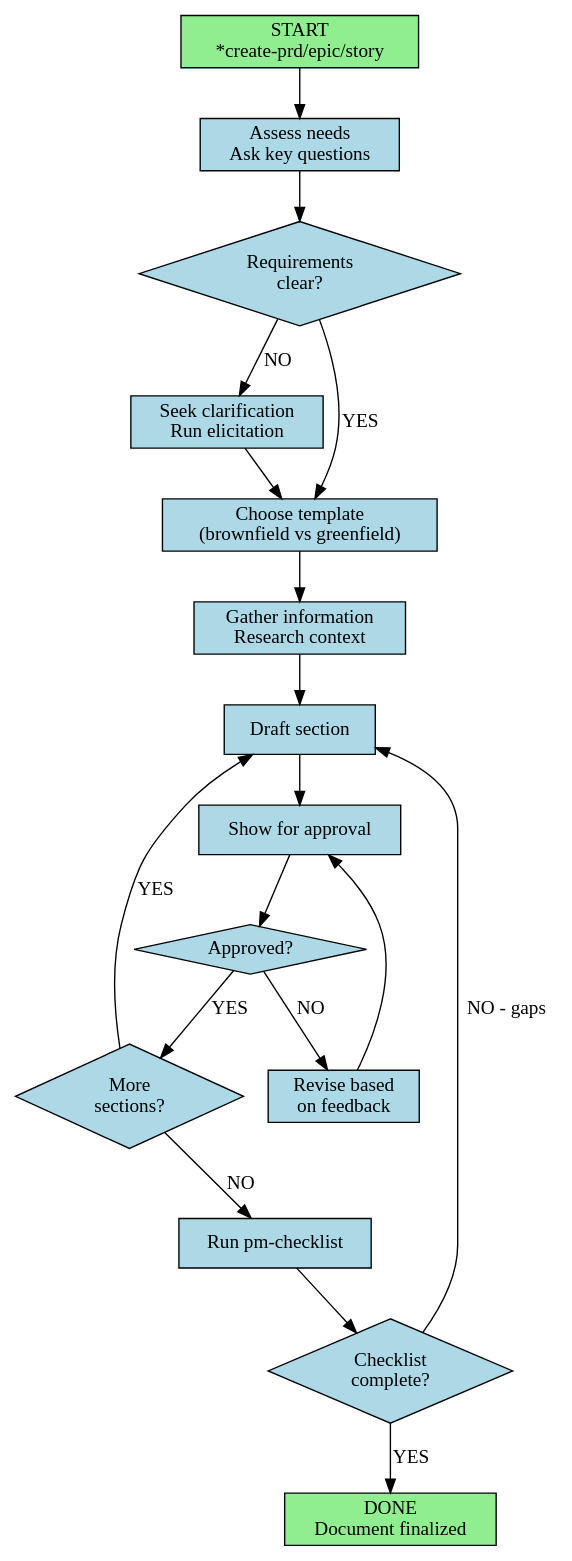
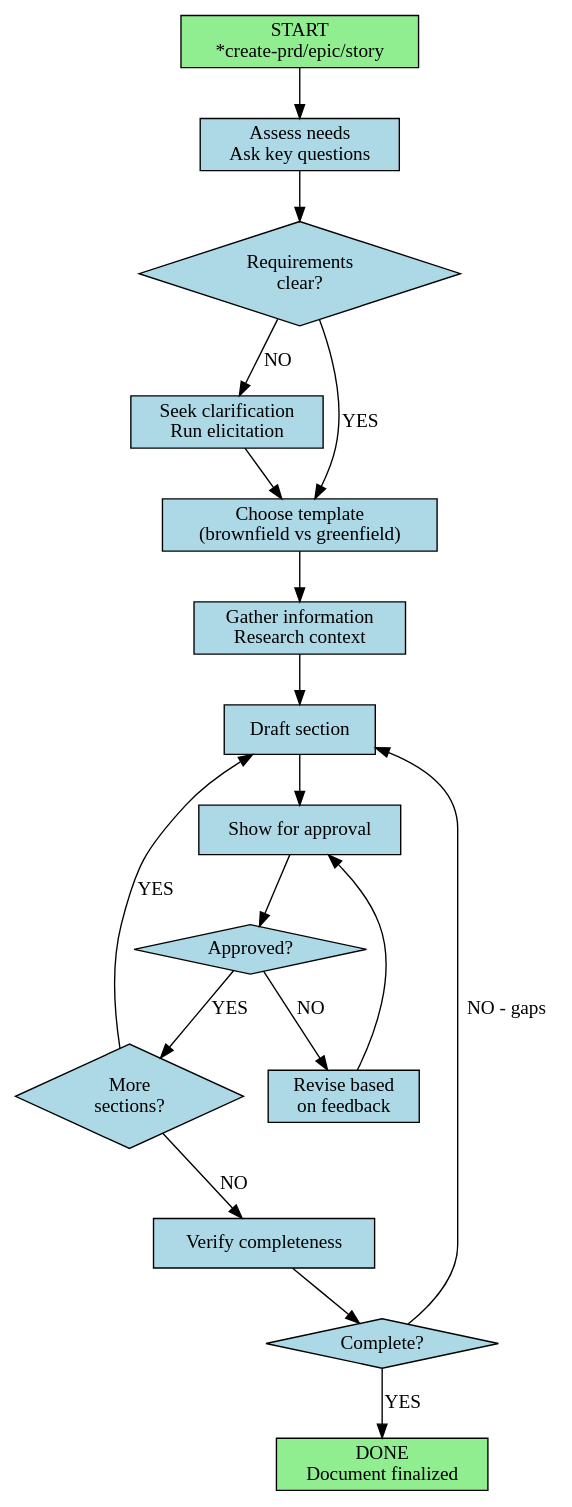
One commit to amrhas82/agentic-toolkit changed the diagram in ai/subagentic/claude/agents/feature-planner.md. Above: the diagram before and after it, drawn with Graphviz. The commit also changed other lines of this file and 74 other files, not shown here.

````diff
--- a/ai/subagentic/claude/agents/feature-planner.md
+++ b/ai/subagentic/claude/agents/feature-planner.md
@@ -12,39 +12,39 @@
 ```dot
 digraph FeaturePlanner {
   rankdir=TB;
   node [shape=box, style=filled, fillcolor=lightblue];
 
   start [label="START\n*create-prd/epic/story", fillcolor=lightgreen];
   assess [label="Assess needs\nAsk key questions"];
   clear [label="Requirements\nclear?", shape=diamond];
   clarify [label="Seek clarification\nRun elicitation"];
   choose_template [label="Choose template\n(brownfield vs greenfield)"];
   gather [label="Gather information\nResearch context"];
   draft [label="Draft section"];
   show [label="Show for approval"];
   approved [label="Approved?", shape=diamond];
   revise [label="Revise based\non feedback"];
   more [label="More\nsections?", shape=diamond];
-  checklist [label="Run pm-checklist"];
-  complete [label="Checklist\ncomplete?", shape=diamond];
+  verify [label="Verify completeness"];
+  complete [label="Complete?", shape=diamond];
   done [label="DONE\nDocument finalized", fillcolor=lightgreen];
 
   start -> assess;
   assess -> clear;
   clear -> clarify [label="NO"];
   clear -> choose_template [label="YES"];
   clarify -> choose_template;
   choose_template -> gather;
   gather -> draft;
   draft -> show;
   show -> approved;
   approved -> revise [label="NO"];
   approved -> more [label="YES"];
   revise -> show;
   more -> draft [label="YES"];
-  more -> checklist [label="NO"];
-  checklist -> complete;
+  more -> verify [label="NO"];
+  verify -> complete;
   complete -> draft [label="NO - gaps"];
   complete -> done [label="YES"];
 }
 ```
````
